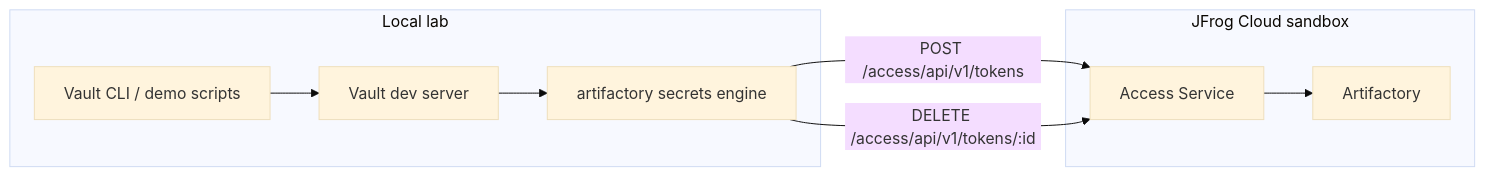
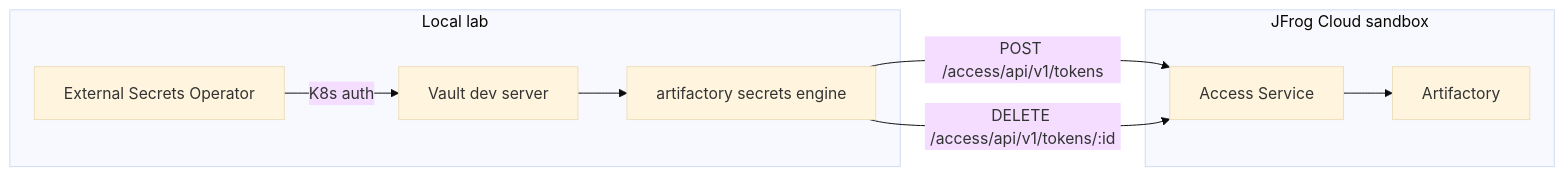
One commit to tomjfrog/vault-artifactory-lab changed the first of 2 diagrams in docs/architecture.md. Above: the diagram before and after it, drawn with Mermaid (base theme). The commit also changed other lines of this file and 37 other files, not shown here.

````diff
--- a/docs/architecture.md
+++ b/docs/architecture.md
@@ -5,17 +9,17 @@
 ```mermaid
 flowchart LR
     subgraph local["Local lab"]
-        CLI[Vault CLI / demo scripts]
+        ESO[External Secrets Operator]
         Vault[Vault dev server]
         Plugin[artifactory secrets engine]
     end
     subgraph cloud["JFrog Cloud sandbox"]
         Access[Access Service]
         RT[Artifactory]
     end
-    CLI --> Vault
+    ESO -->|K8s auth| Vault
     Vault --> Plugin
     Plugin -->|POST /access/api/v1/tokens| Access
     Plugin -->|DELETE /access/api/v1/tokens/:id| Access
     Access --> RT
 ```
````
